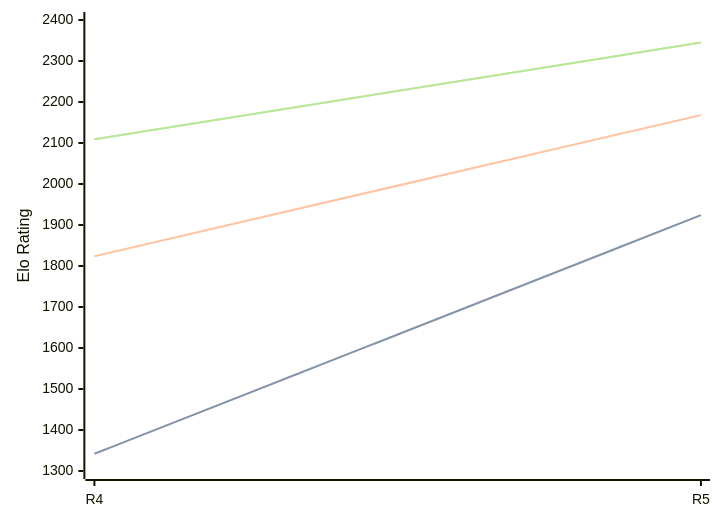
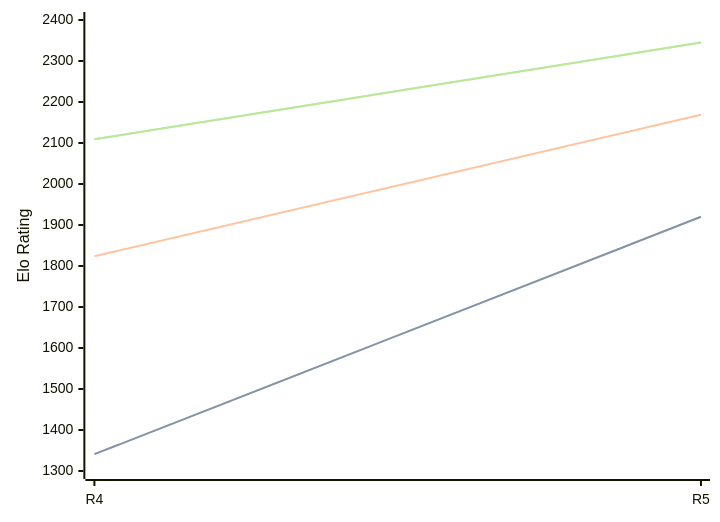
Before and after one commit to computer-chess-index/cci: the first of 3 diagrams in engines/Viking.md, drawn with Mermaid. The commit also changed other lines of this file, not shown here.

````diff
--- a/engines/Viking.md
+++ b/engines/Viking.md
@@ -35,11 +35,11 @@
 ```mermaid
 %%{init: {"theme":"base","themeVariables":{"seriesColors:['#a3a3a3','#222221','#faa371']}}}%%
 xychart-beta
   x-axis ["R4", "R5"]
   y-axis "Elo Rating" 1300 --> 2400
-  line "STC (8.0+0.08s)" [1342, 1924]
-  line "STC (8.0+0.08s)" [1342, 1924]
-  line "LTC (60.0+0.60s)" [1824, 2168]
+  line "STC (8.0+0.08s)" [1341, 1920]
+  line "STC (8.0+0.08s)" [1341, 1920]
+  line "LTC (60.0+0.60s)" [1824, 2169]
   line "VLTC (2m24s+1.12s)" [2109, 2345]
   line "VLTC (2m24s+1.12s)" [2109, 2345]
 ```
````
